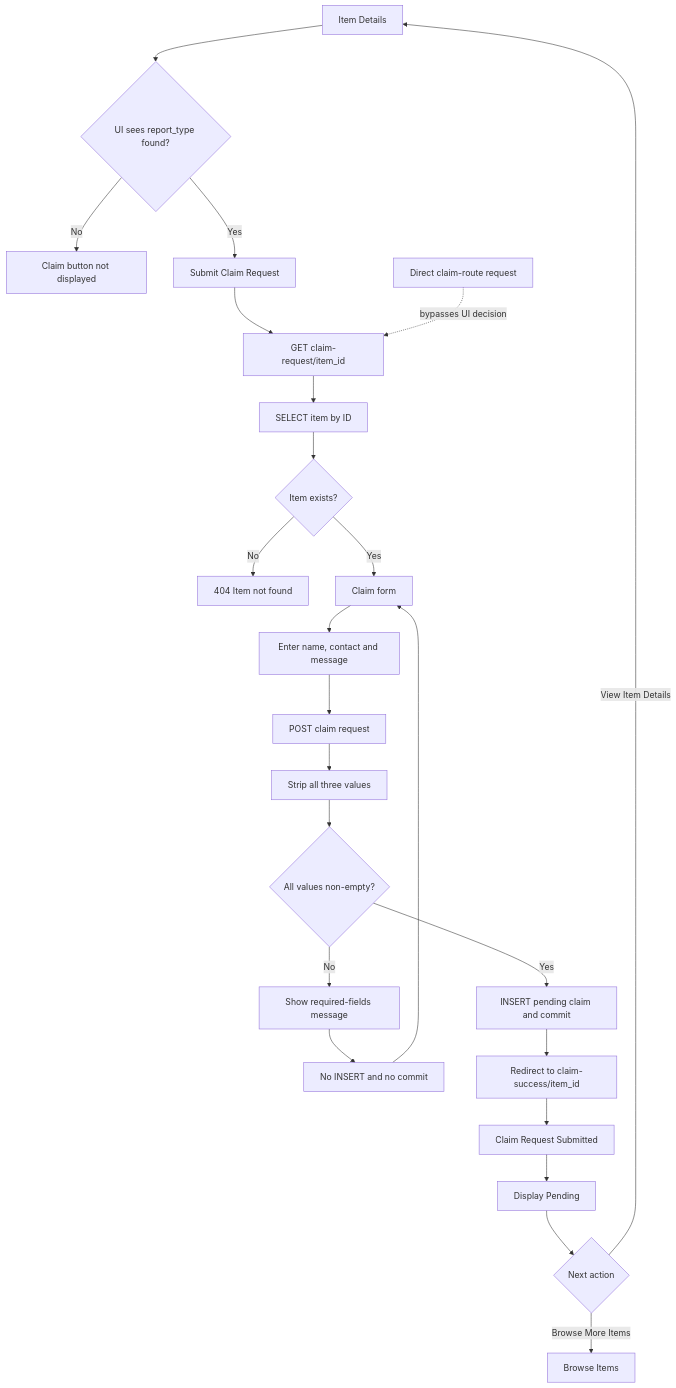
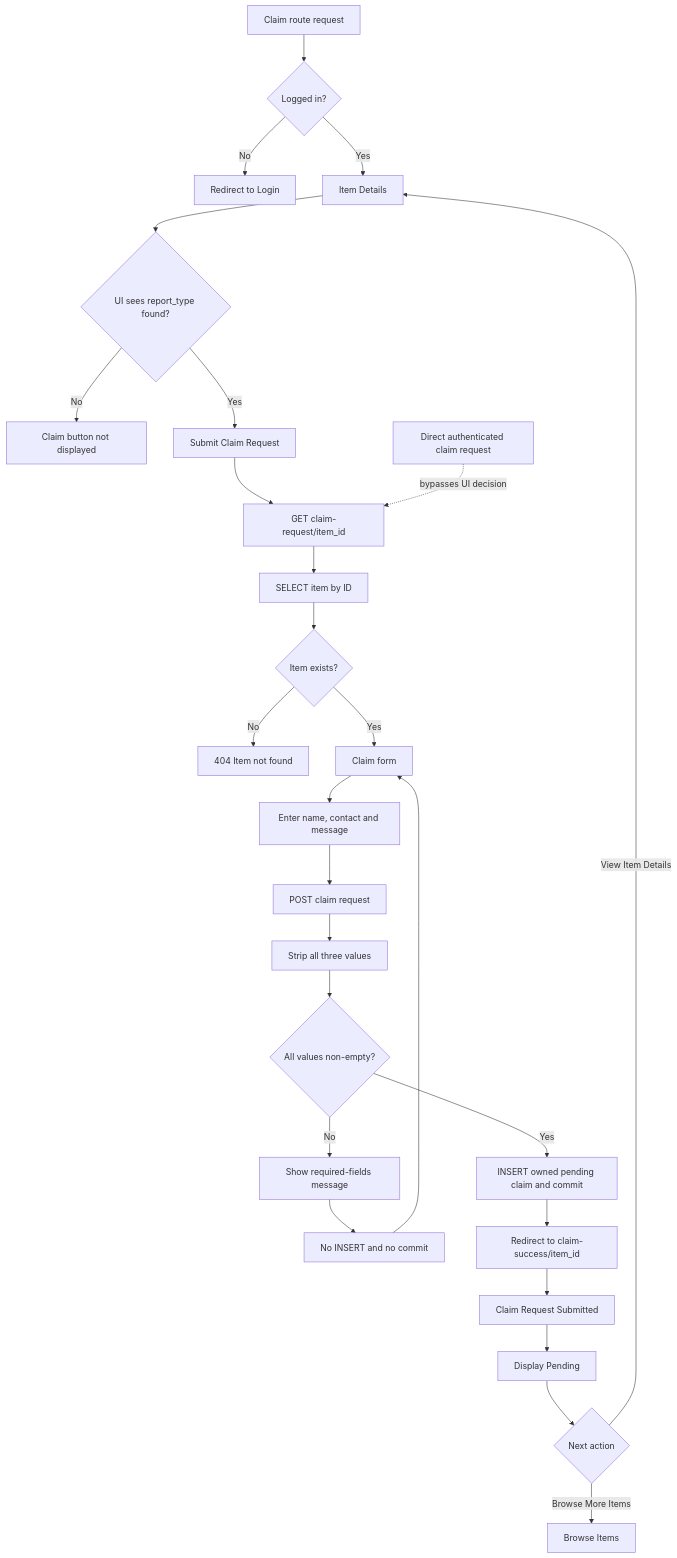
The fourth of 7 diagrams in docs/design/user-flow.md (ZhihaoTang615/campus-lost-and-found-platform), drawn with Mermaid before and after one commit. The commit also changed other lines of this file and 40 other files, not shown here.

````diff
--- a/docs/design/user-flow.md
+++ b/docs/design/user-flow.md
@@ -87,26 +105,29 @@
 ```mermaid
 flowchart TD
-    D[Item Details] --> RT{UI sees report_type found?}
+    Access[Claim route request] --> Auth{Logged in?}
+    Auth -->|No| Login[Redirect to Login]
+    Auth -->|Yes| D[Item Details]
+    D --> RT{UI sees report_type found?}
     RT -->|No| Hidden[Claim button not displayed]
     RT -->|Yes| Button[Submit Claim Request]
     Button --> GET[GET claim-request/item_id]
-    Direct[Direct claim-route request] -. bypasses UI decision .-> GET
+    Direct[Direct authenticated claim request] -. bypasses UI decision .-> GET
     GET --> Select[SELECT item by ID]
     Select --> Exists{Item exists?}
     Exists -->|No| NF[404 Item not found]
     Exists -->|Yes| Form[Claim form]
     Form --> Input[Enter name, contact and message]
     Input --> POST[POST claim request]
     POST --> Strip[Strip all three values]
     Strip --> Valid{All values non-empty?}
     Valid -->|No| Error[Show required-fields message]
     Error --> NoWrite[No INSERT and no commit]
     NoWrite --> Form
-    Valid -->|Yes| Insert[INSERT pending claim and commit]
+    Valid -->|Yes| Insert[INSERT owned pending claim and commit]
     Insert --> Redirect[Redirect to claim-success/item_id]
     Redirect --> Success[Claim Request Submitted]
     Success --> Status[Display Pending]
     Status --> Choice{Next action}
     Choice -->|View Item Details| D
     Choice -->|Browse More Items| B[Browse Items]
 ```
````
